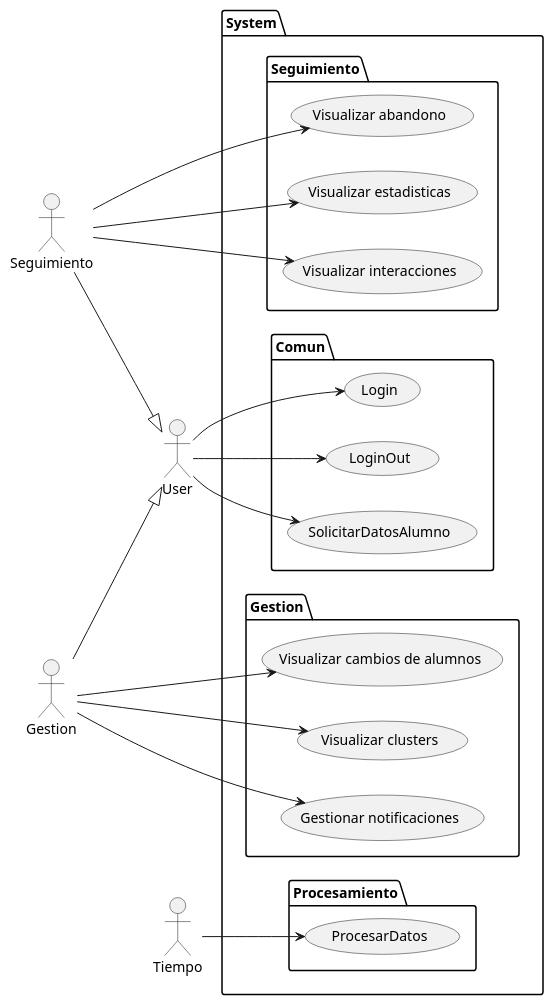
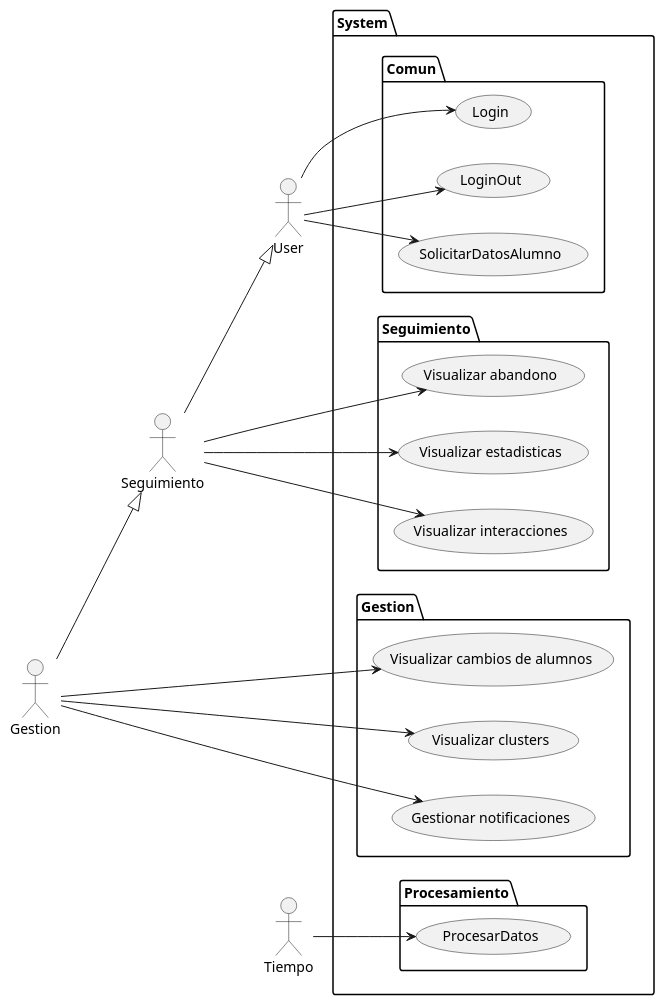
Before and after one commit to mmasias/IdSw1-22-23: the diagram in 000-entregas/Grupo1/CasosDeUso/Cdu.puml, drawn with PlantUML.

Commit message:
herencia

```diff
--- a/000-entregas/Grupo1/CasosDeUso/Cdu.puml
+++ b/000-entregas/Grupo1/CasosDeUso/Cdu.puml
@@ -1,50 +1,50 @@
 @startuml CasosDeUso
 left to right direction
 
 actor User
 actor "Gestion" as GEST
 actor "Seguimiento"	as SEG
 actor "Tiempo" as Tiempo
 
-User <|-u- GEST
 User <|-u- SEG
+SEG <|-u- GEST
 
 package System {
 
   package Comun {
     usecase "Login" as Login
     usecase "LoginOut" as LoginOut
     usecase "SolicitarDatosAlumno" as SDA
   }
   package Seguimiento {
     usecase "Visualizar abandono" as VA
     usecase "Visualizar estadisticas" as VE
     usecase "Visualizar interacciones" as VI
   }
   package Gestion {
     usecase "Visualizar cambios de alumnos" as VC
     usecase "Visualizar clusters" as VCL
     usecase "Gestionar notificaciones" as GN
   }
   package Procesamiento {
     usecase "ProcesarDatos" as PD
   }
 }
 
 
 User --> (Login)
 User --> (LoginOut)
 User --> (SDA)
 
 SEG --> (VA)
 SEG --> (VE)
 SEG --> (VI)
 
 GEST --> (VC)
 GEST --> (VCL)
 GEST --> (GN)
 
 
 Tiempo --> PD
 
 @enduml
```
